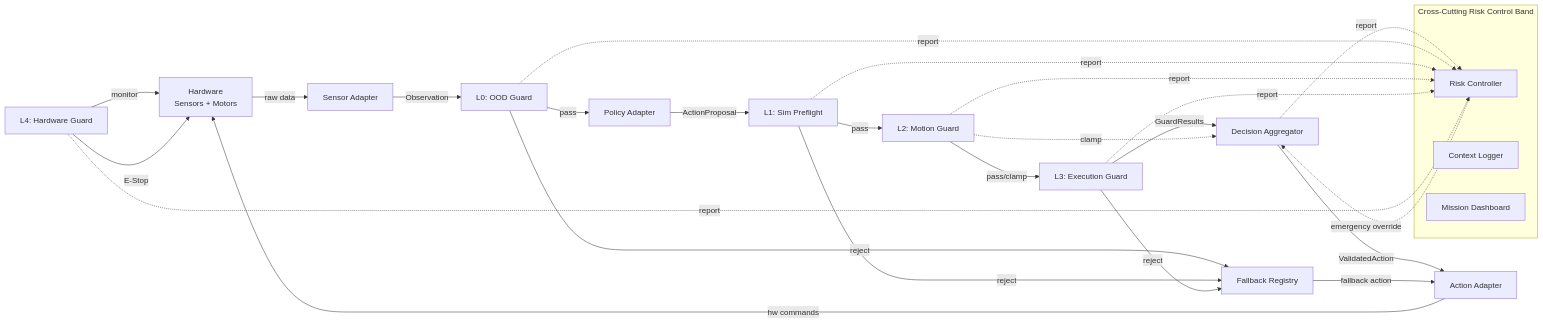
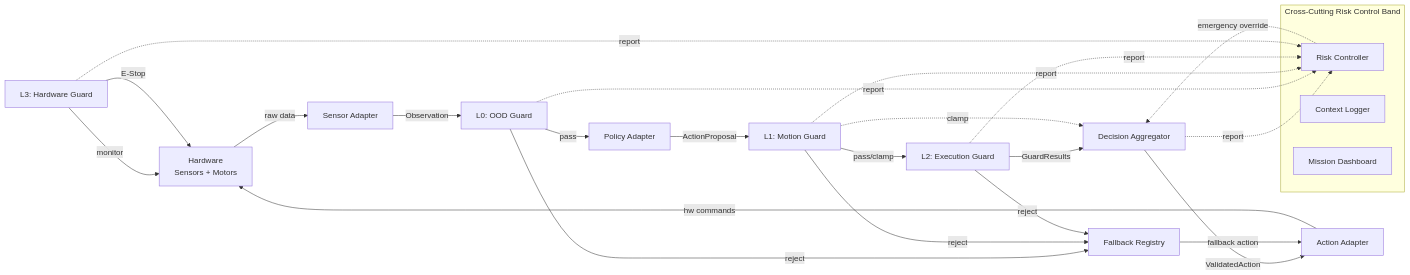
The first of 5 diagrams in docs/DAM_Specification.md (ez945y/DAM), drawn with Mermaid before and after one commit. The commit also changed other lines of this file and 63 other files, not shown here.

````diff
--- a/docs/DAM_Specification.md
+++ b/docs/DAM_Specification.md
@@ -613,35 +610,33 @@
 ```mermaid
 flowchart LR
     HW["Hardware<br/>Sensors + Motors"] -->|raw data| SA["Sensor Adapter"]
     SA -->|Observation| L0["L0: OOD Guard"]
     L0 -->|pass| PA["Policy Adapter"]
-    PA -->|ActionProposal| L1["L1: Sim Preflight"]
-    L1 -->|pass| L2["L2: Motion Guard"]
-    L2 -->|pass/clamp| L3["L3: Execution Guard"]
-    L3 -->|GuardResults| DA["Decision Aggregator"]
+    PA -->|ActionProposal| L1["L1: Motion Guard"]
+    L1 -->|pass/clamp| L2["L2: Execution Guard"]
+    L2 -->|GuardResults| DA["Decision Aggregator"]
     DA -->|ValidatedAction| AA["Action Adapter"]
     AA -->|hw commands| HW
 
     L0 -->|reject| FB["Fallback Registry"]
     L1 -->|reject| FB
-    L2 -.->|clamp| DA
-    L3 -->|reject| FB
+    L1 -.->|clamp| DA
+    L2 -->|reject| FB
     FB -->|fallback action| AA
 
-    L4["L4: Hardware Guard"] -->|monitor| HW
-    L4 -->|E-Stop| HW
+    HWG["L3: Hardware Guard"] -->|monitor| HW
+    HWG -->|E-Stop| HW
 
     subgraph Risk["Cross-Cutting Risk Control Band"]
         RC["Risk Controller"]
         CL["Context Logger"]
         MD["Mission Dashboard"]
     end
 
     DA -.->|report| RC
     L0 -.->|report| RC
     L1 -.->|report| RC
     L2 -.->|report| RC
-    L3 -.->|report| RC
-    L4 -.->|report| RC
+    HWG -.->|report| RC
     RC -.->|emergency override| DA
 ```
````
